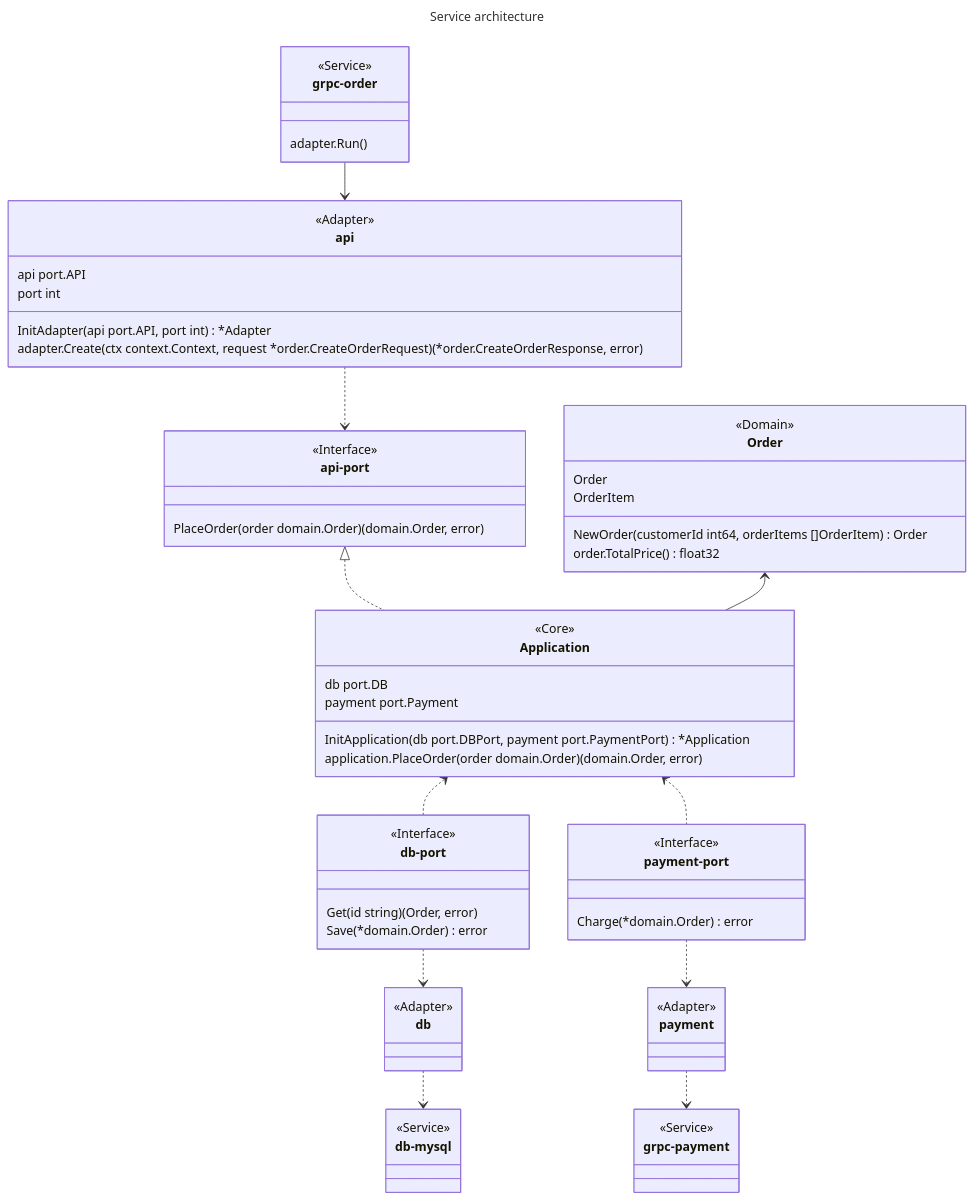
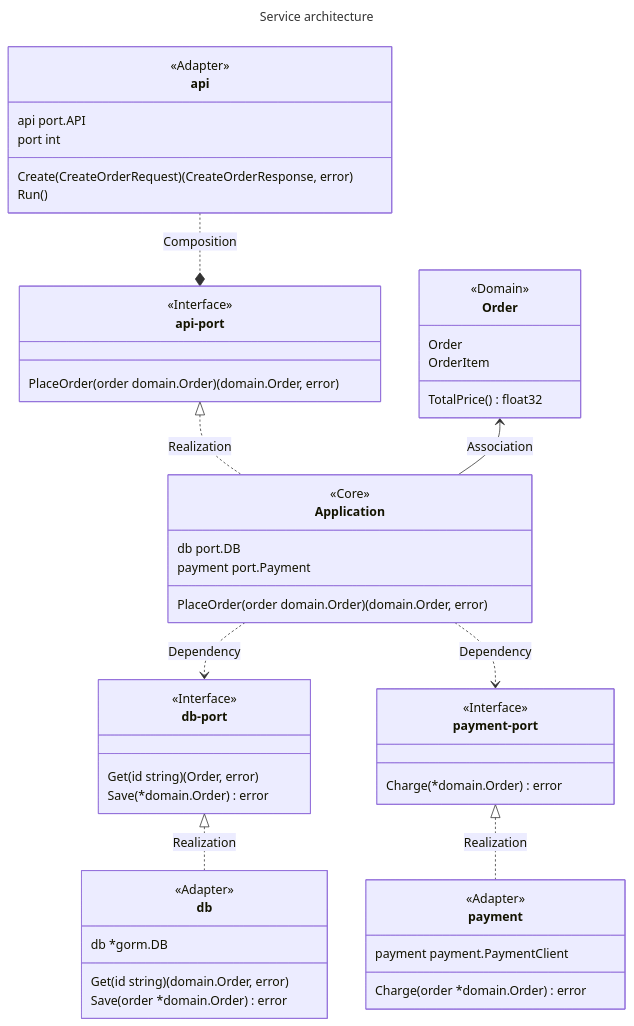
One commit to Odvin/go-commercial-order changed the diagram in doc/script/arch.mmd. Above: the diagram before and after it, drawn with Mermaid. The commit also changed 8 other files, not shown here.

```diff
--- a/doc/script/arch.mmd
+++ b/doc/script/arch.mmd
@@ -1,64 +1,54 @@
 ---
   title: Service architecture
 ---
 classDiagram
-  grpc-order --> api
-  api ..> api-port
-  api-port <|.. Application
-  Order <-- Application
-  Application <.. db-port
-  Application <.. payment-port
-  db-port ..> db
-  payment-port ..> payment
-  db ..> db-mysql
-  payment ..> grpc-payment
-  class grpc-order {
-    <<Service>>
-    adapter.Run()
-  }
+  api ..* api-port : Composition
+  api-port <|.. Application : Realization
+  Order <-- Application : Association
+  Application ..> db-port : Dependency
+  Application ..> payment-port : Dependency
+  db-port <|.. db : Realization
+  payment-port <|.. payment : Realization
   class api {
     <<Adapter>>
     api  port.API
 	  port int
-    InitAdapter(api port.API, port int) *Adapter
-    adapter.Create(ctx context.Context, request *order.CreateOrderRequest) (*order.CreateOrderResponse, error)
+    Create(CreateOrderRequest) (CreateOrderResponse, error)
+    Run()
   }
   class api-port {
     <<Interface>>
     PlaceOrder(order domain.Order) (domain.Order, error)
   }
   class Application {
     <<Core>>
     db      port.DB
 	  payment port.Payment
-    InitApplication(db port.DBPort, payment port.PaymentPort) *Application
-    application.PlaceOrder(order domain.Order) (domain.Order, error)
+    PlaceOrder(order domain.Order) (domain.Order, error)
   }
   class Order {
     <<Domain>>
     Order
     OrderItem
-    NewOrder(customerId int64, orderItems []OrderItem) Order
-    order.TotalPrice() float32
+    TotalPrice() float32
   }
   class db-port {
     <<Interface>>
     Get(id string) (Order, error)
 	  Save(*domain.Order) error
   }
   class payment-port {
     <<Interface>>
     Charge(*domain.Order) error
   }
   class db {
     <<Adapter>>
+    db *gorm.DB
+    Get(id string) (domain.Order, error)
+    Save(order *domain.Order) error
   }
   class payment {
     <<Adapter>>
+    payment payment.PaymentClient
+    Charge(order *domain.Order) error
   }
-  class db-mysql {
-    <<Service>>
-  }
-  class grpc-payment {
-    <<Service>>
-  }
```
